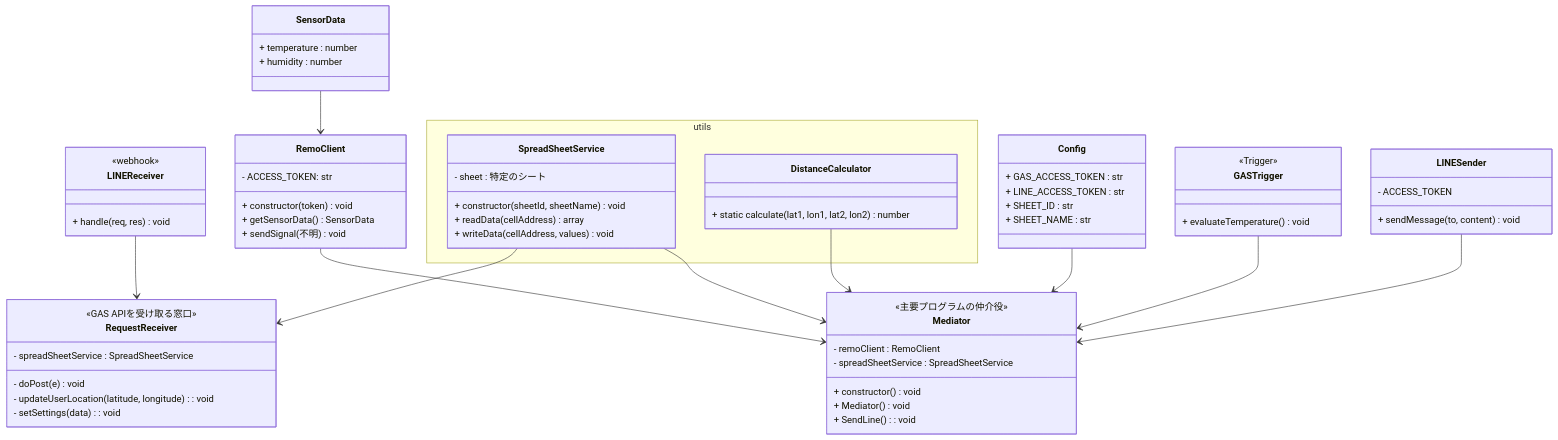
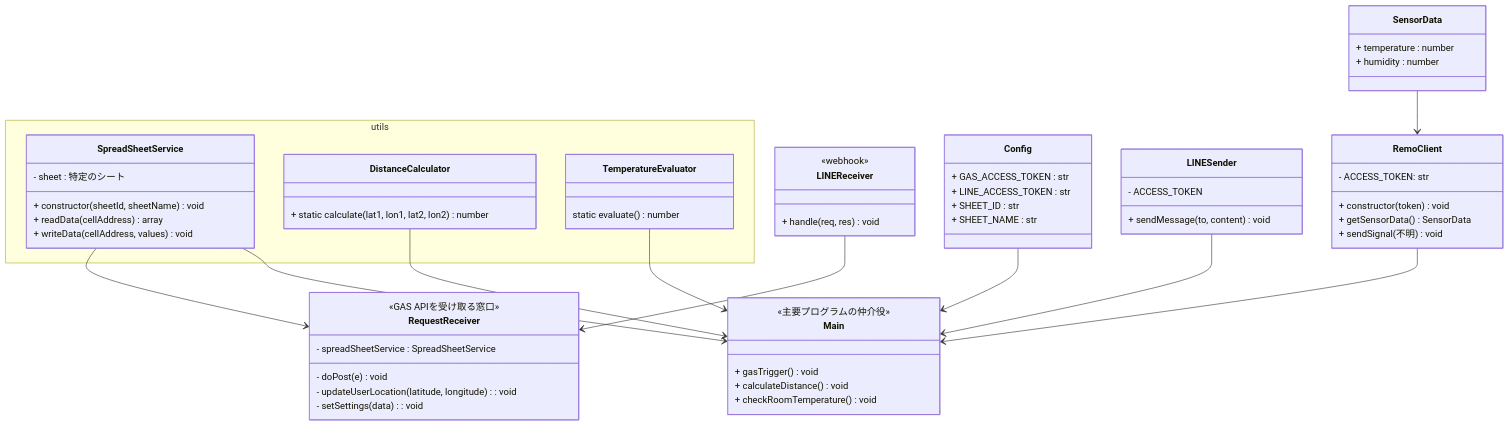
The diagram in architectures/class.md (Yuffter/LINE-App-Test), drawn with Mermaid before and after one commit. The commit also changed 5 other files, not shown here.

````diff
--- a/architectures/class.md
+++ b/architectures/class.md
@@ -1,68 +1,67 @@
 ```mermaid
 classDiagram
     SensorData --> RemoClient
-    RemoClient --> Mediator
-    SpreadSheetService --> Mediator
+    RemoClient --> Main
+    SpreadSheetService --> Main
     LINEReceiver --> RequestReceiver
     SpreadSheetService --> RequestReceiver
-    DistanceCalculator --> Mediator
-    Config --> Mediator
-    GASTrigger --> Mediator
-    LINESender --> Mediator
+    DistanceCalculator --> Main
+    Config --> Main
+    LINESender --> Main
+    TemperatureEvaluator --> Main
     namespace utils {
         class SpreadSheetService {
             - sheet : 特定のシート
             + constructor(sheetId, sheetName) void
             + readData(cellAddress) array
             + writeData(cellAddress, values) void
     }
     }
     class RemoClient {
         - ACCESS_TOKEN: str
         + constructor(token) void
         + getSensorData() SensorData
         + sendSignal(不明) void
     }
     class SensorData {
         + temperature : number
         + humidity : number
     }
     class LINEReceiver {
         <<webhook>>
         + handle(req, res) void
     }
-    class Mediator {
+    class Main {
         <<主要プログラムの仲介役>>
-        - remoClient : RemoClient
-        - spreadSheetService : SpreadSheetService
-        + constructor() void
-        + Mediator() void
-        + SendLine() : void
+        + gasTrigger() void
+        + calculateDistance() void
+        + checkRoomTemperature() void
     }
     class RequestReceiver {
         <<GAS APIを受け取る窓口>>
         - spreadSheetService : SpreadSheetService
         - doPost(e) void
         - updateUserLocation(latitude, longitude) : void
         - setSettings(data) : void
     }
     class LINESender {
         - ACCESS_TOKEN
         + sendMessage(to, content) void
     }
     class Config {
         + GAS_ACCESS_TOKEN : str
         + LINE_ACCESS_TOKEN : str
         + SHEET_ID : str
         + SHEET_NAME : str
     }
     namespace utils {
         class DistanceCalculator {
         + static calculate(lat1, lon1, lat2, lon2) number
         }
     }
-    class GASTrigger {
-        <<Trigger>>
-        + evaluateTemperature() void
+    namespace utils {
+        class TemperatureEvaluator {
+            static evaluate() number
+        }
     }
 ```
````
